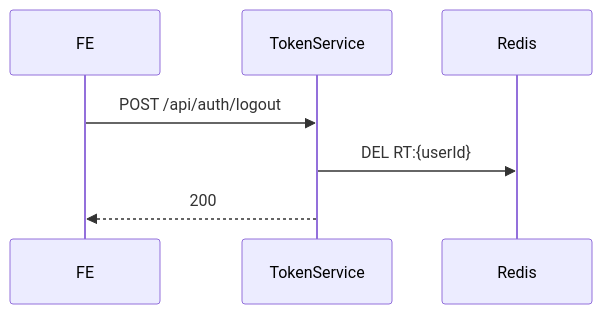
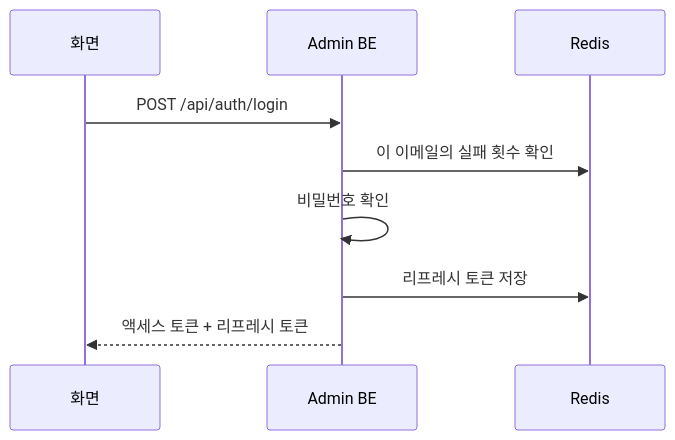
Before and after one commit to CSID-DGU/admin_wiki: the first of 2 diagrams in md/backend/인증-보안.md, drawn with Mermaid. The commit also changed other lines of this file and 11 other files, not shown here.

````diff
--- a/md/backend/인증-보안.md
+++ b/md/backend/인증-보안.md
@@ -82,10 +31,12 @@
 ```mermaid
 sequenceDiagram
-    participant FE as FE
-    participant BE as TokenService
-    participant Redis as Redis
+    participant FE as 화면
+    participant BE as Admin BE
+    participant R as Redis
 
-    FE->>BE: POST /api/auth/logout
-    BE->>Redis: DEL RT:{userId}
-    BE-->>FE: 200
+    FE->>BE: POST /api/auth/login
+    BE->>R: 이 이메일의 실패 횟수 확인
+    BE->>BE: 비밀번호 확인
+    BE->>R: 리프레시 토큰 저장
+    BE-->>FE: 액세스 토큰 + 리프레시 토큰
 ```
````
